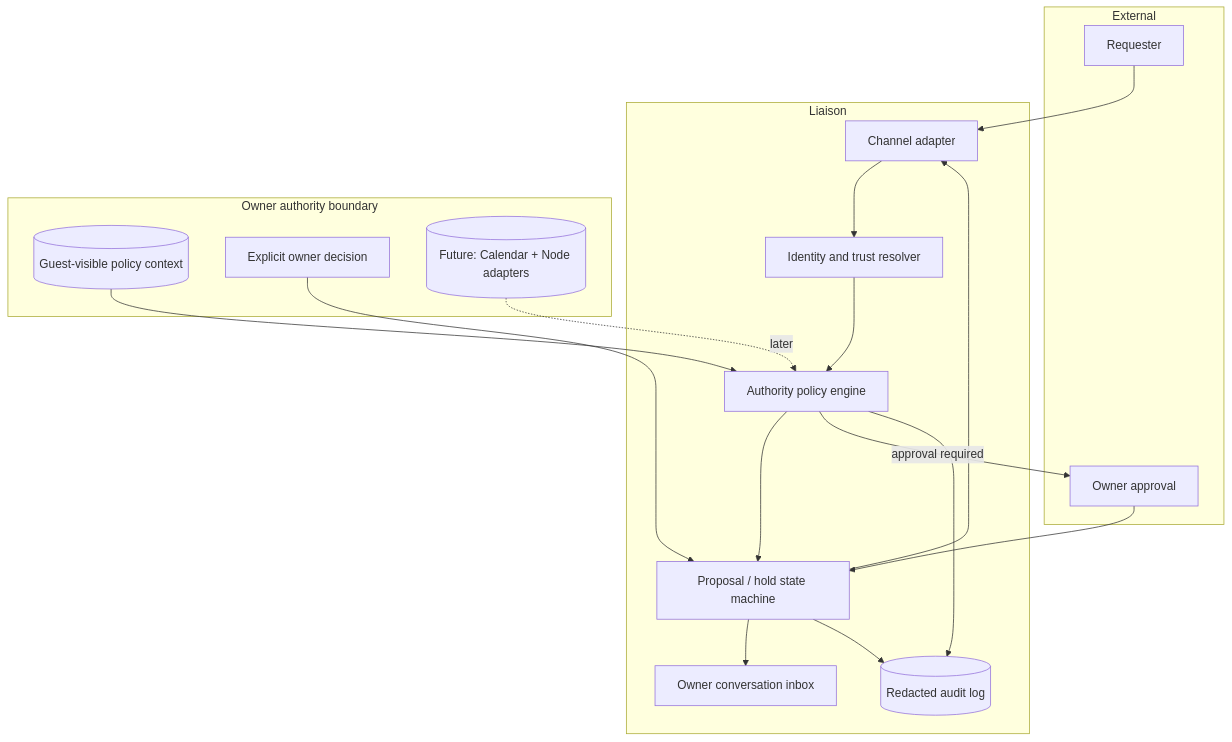
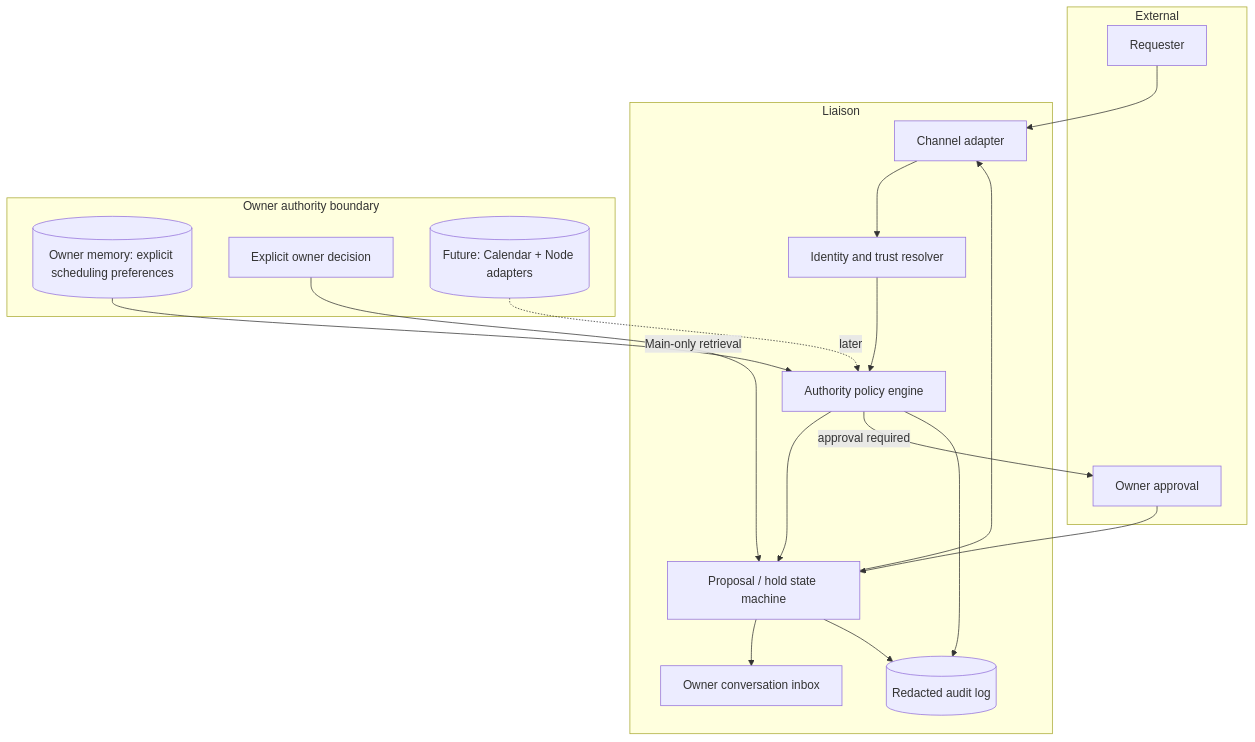
Before and after one commit to simon5530/agent-liaison: the first of 2 diagrams in docs/ARCHITECTURE.md, drawn with Mermaid. The commit also changed other lines of this file and 9 other files, not shown here.

Commit message:
Add bounded owner-memory candidate review

````diff
--- a/docs/ARCHITECTURE.md
+++ b/docs/ARCHITECTURE.md
@@ -10,33 +10,33 @@
 ```mermaid
 flowchart TB
   subgraph External
     User[Requester]
     Owner[Owner approval]
   end
 
   subgraph Liaison
     Channel[Channel adapter]
     Identity[Identity and trust resolver]
     Policy[Authority policy engine]
     State[Proposal / hold state machine]
     Audit[(Redacted audit log)]
     Inbox[Owner conversation inbox]
   end
 
   subgraph PrivateBoundary[Owner authority boundary]
-    Preferences[(Guest-visible policy context)]
+    Preferences[(Owner memory: explicit scheduling preferences)]
     Decision[Explicit owner decision]
     Future[(Future: Calendar + Node adapters)]
   end
 
   User --> Channel --> Identity --> Policy
-  Preferences --> Policy
+  Preferences -->|Main-only retrieval| Policy
   Policy --> State --> Channel
   Policy -->|approval required| Owner
   Owner --> State
   State --> Inbox
   Decision --> State
   Future -. later .-> Policy
   Policy --> Audit
   State --> Audit
 ```
````
